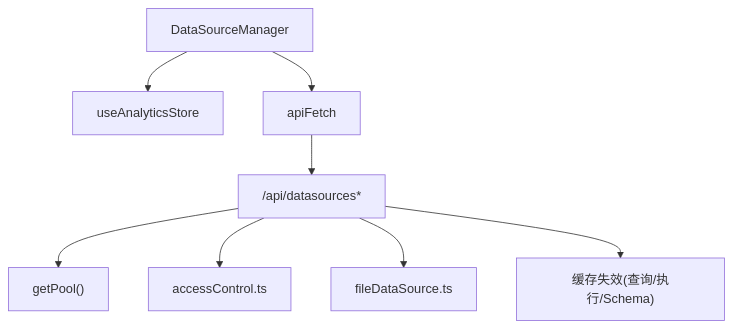
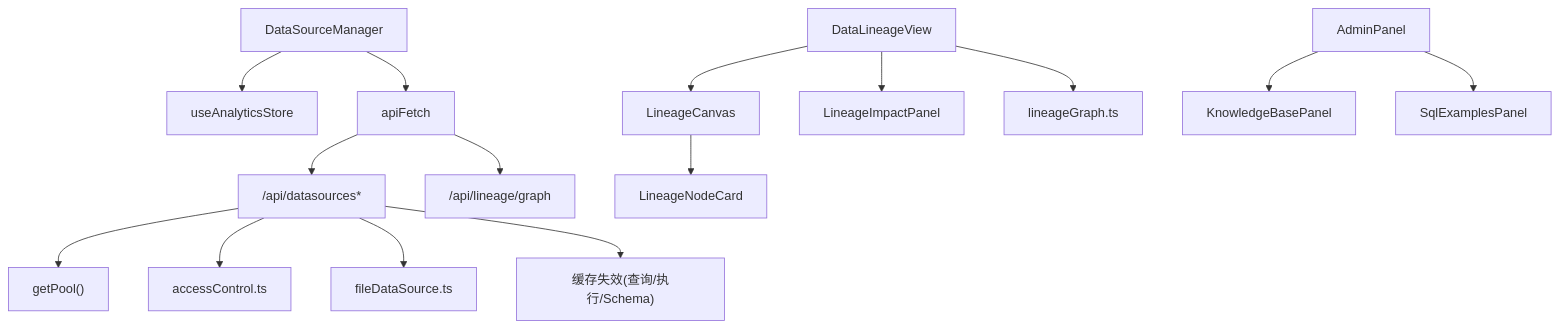
Before and after one commit to dgjin/smart-data-analytics: the seventh of 7 diagrams in .qoder/repowiki/zh/content/前端应用/核心组件库/数据源管理组件.md, drawn with Mermaid. The commit also changed other lines of this file and 146 other files, not shown here.

````diff
--- a/.qoder/repowiki/zh/content/前端应用/核心组件库/数据源管理组件.md
+++ b/.qoder/repowiki/zh/content/前端应用/核心组件库/数据源管理组件.md
@@ -286,10 +404,17 @@
 ```mermaid
 graph TB
 DSM["DataSourceManager"] --> Store["useAnalyticsStore"]
 DSM --> API["apiFetch"]
 API --> DSAPI["/api/datasources*"]
+API --> LAPI["/api/lineage/graph"]
 DSAPI --> DB["getPool()"]
 DSAPI --> AC["accessControl.ts"]
 DSAPI --> FD["fileDataSource.ts"]
 DSAPI --> Cache["缓存失效(查询/执行/Schema)"]
+DLV["DataLineageView"] --> LC["LineageCanvas"]
+LC --> LNC["LineageNodeCard"]
+DLV --> LIP["LineageImpactPanel"]
+DLV --> LG["lineageGraph.ts"]
+AP["AdminPanel"] --> KBP["KnowledgeBasePanel"]
+AP --> SEP["SqlExamplesPanel"]
 ```
````
